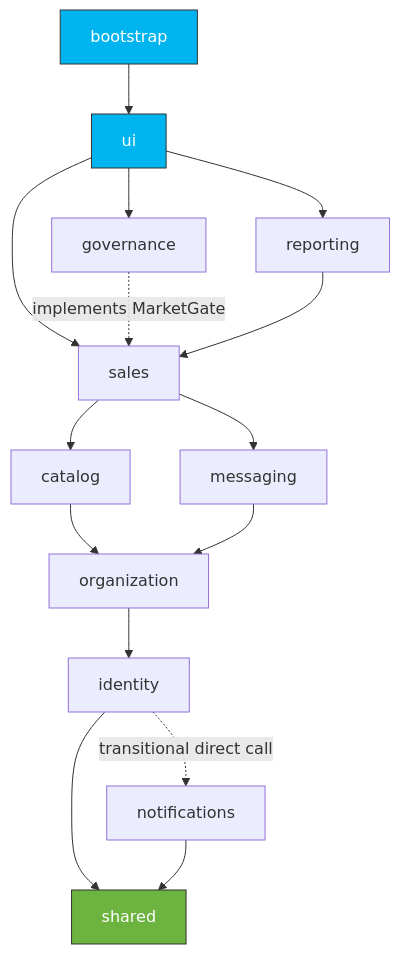
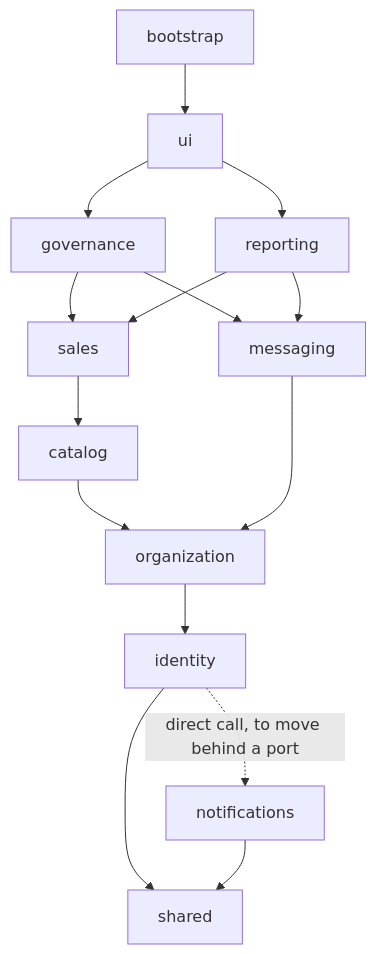
One commit to NaimElijah/Ticketeer changed the second of 2 diagrams in README.md. Above: the diagram before and after it, drawn with Mermaid. The commit also changed other lines of this file and 2 other files, not shown here.

````diff
--- a/README.md
+++ b/README.md
@@ -82,22 +83,17 @@
 ```mermaid
 flowchart TD
     bootstrap --> ui
-    ui --> sales
+    ui --> governance
     ui --> reporting
-    ui --> governance
-    governance -.->|implements MarketGate| sales
+    governance --> sales
+    governance --> messaging
     reporting --> sales
+    reporting --> messaging
     sales --> catalog
-    sales --> messaging
     catalog --> organization
     messaging --> organization
     organization --> identity
     identity --> shared
-    identity -.->|transitional direct call| notifications
+    identity -.->|"direct call, to move behind a port"| notifications
     notifications --> shared
-
-    classDef kernel fill:#6DB33F,stroke:#333,color:#fff;
-    classDef sink fill:#00B4F0,stroke:#333,color:#fff;
-    class shared kernel;
-    class ui,bootstrap sink;
 ```
````
